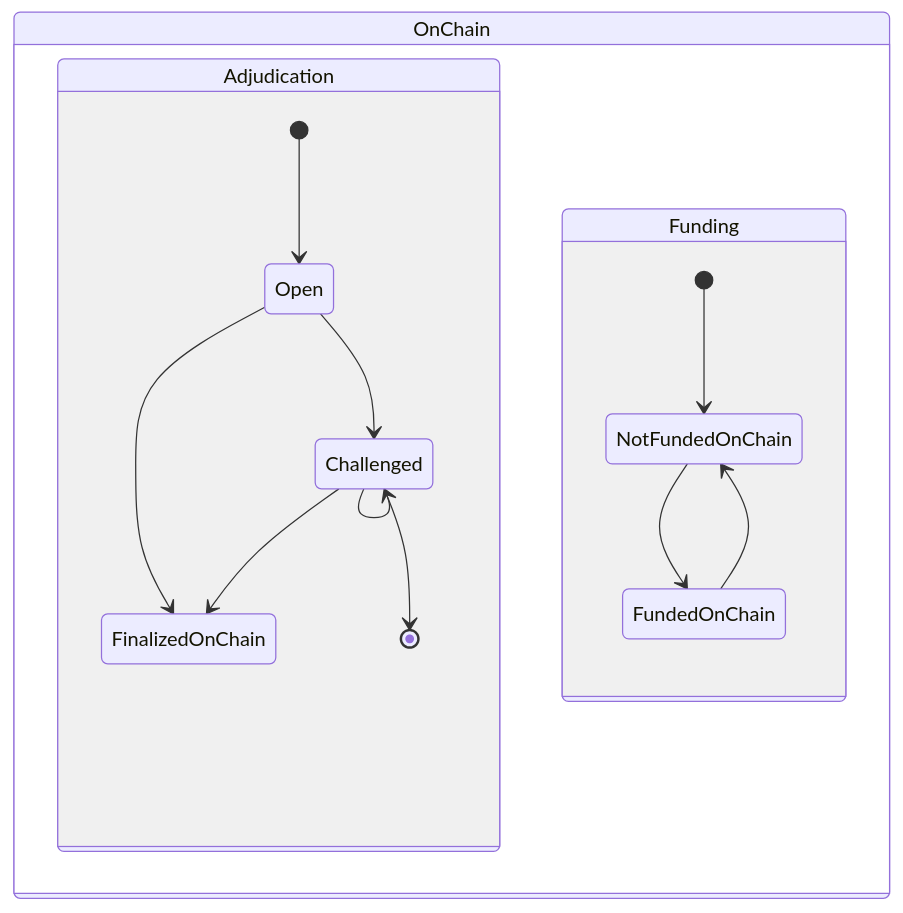
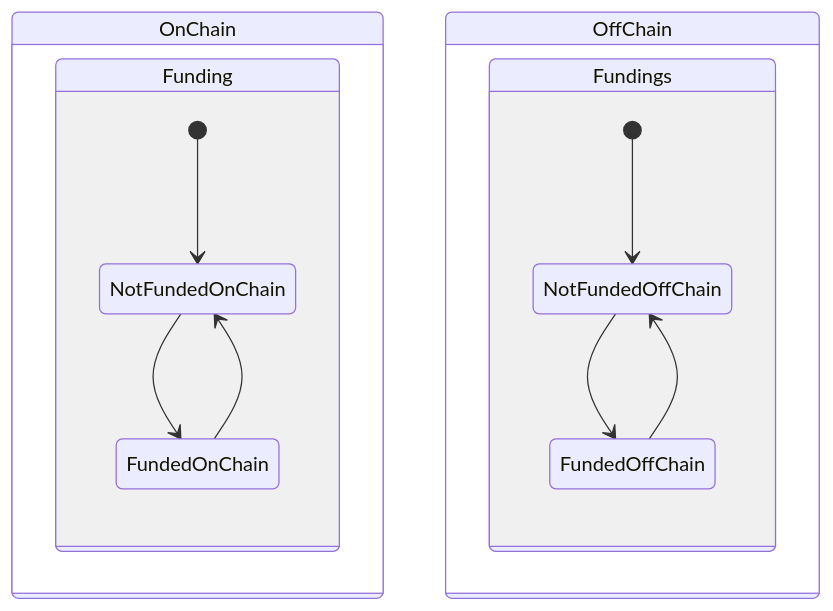
Before and after one commit to statechannels/go-nitro: the second of 3 diagrams in docs/protocol-tutorial/0004-lifecycle-of-a-channel.md, drawn with Mermaid. The commit also changed other lines of this file and 1 other file, not shown here.

````diff
--- a/docs/protocol-tutorial/0004-lifecycle-of-a-channel.md
+++ b/docs/protocol-tutorial/0004-lifecycle-of-a-channel.md
@@ -52,23 +68,20 @@
 ```mermaid
 stateDiagram-v2
 
 
 state OnChain {
-    state Adjudication {
-[*] --> Open
-Open -->FinalizedOnChain
-Open -->Challenged
-Challenged --> Challenged
-Challenged --> FinalizedOnChain
-Challenged --> [*]
-}
 state Funding {
     [*]-->NotFundedOnChain
     NotFundedOnChain --> FundedOnChain
     FundedOnChain --> NotFundedOnChain
 }
-
-
+}
+state OffChain {
+state Fundings {
+    [*]-->NotFundedOffChain
+    NotFundedOffChain --> FundedOffChain
+    FundedOffChain --> NotFundedOffChain
+}
 }
 
 ```
````
